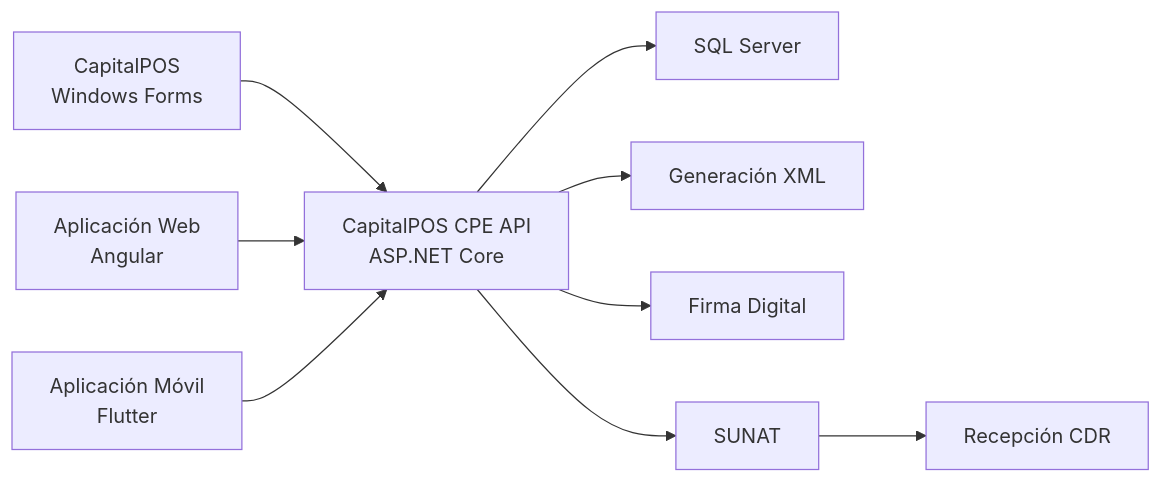
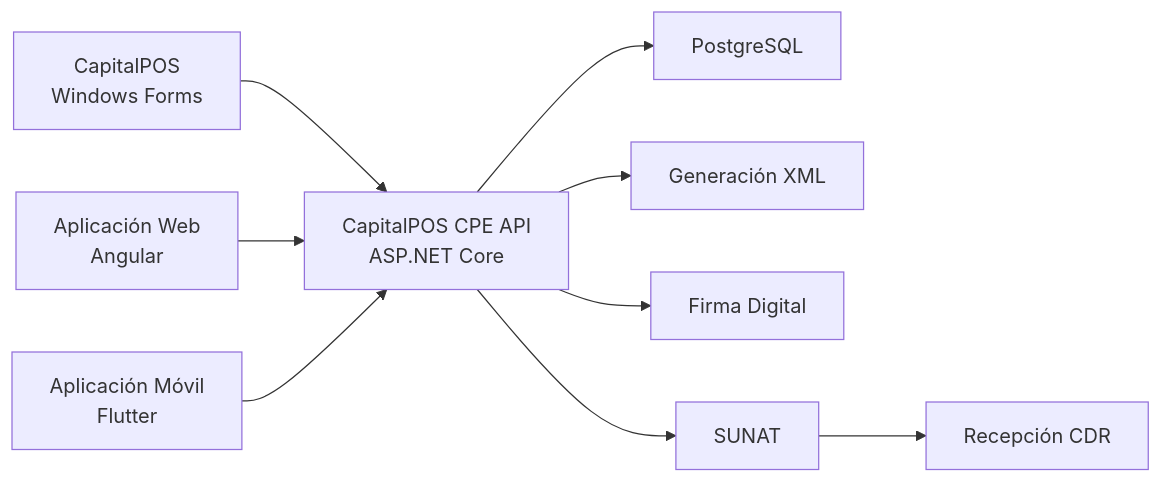
Before and after one commit to yhort/capitalpos-cpe-api: the first of 2 diagrams in README.md, drawn with Mermaid. The commit also changed other lines of this file and 50 other files, not shown here.

Commit message:
feat: arquitectura multi-tenant con PostgreSQL y cifrado de certificados

````diff
--- a/README.md
+++ b/README.md
@@ -55,37 +85,37 @@
 ```mermaid
 flowchart LR
 
 WF["CapitalPOS<br/>Windows Forms"]
 
 WEB["Aplicación Web<br/>Angular"]
 
 APP["Aplicación Móvil<br/>Flutter"]
 
 API["CapitalPOS CPE API<br/>ASP.NET Core"]
 
-SQL["SQL Server"]
+PG["PostgreSQL"]
 
 XML["Generación XML"]
 
 FIRMA["Firma Digital"]
 
 SUNAT["SUNAT"]
 
 CDR["Recepción CDR"]
 
 WF --> API
 
 WEB --> API
 
 APP --> API
 
-API --> SQL
+API --> PG
 
 API --> XML
 
 API --> FIRMA
 
 API --> SUNAT
 
 SUNAT --> CDR
 ```
````
